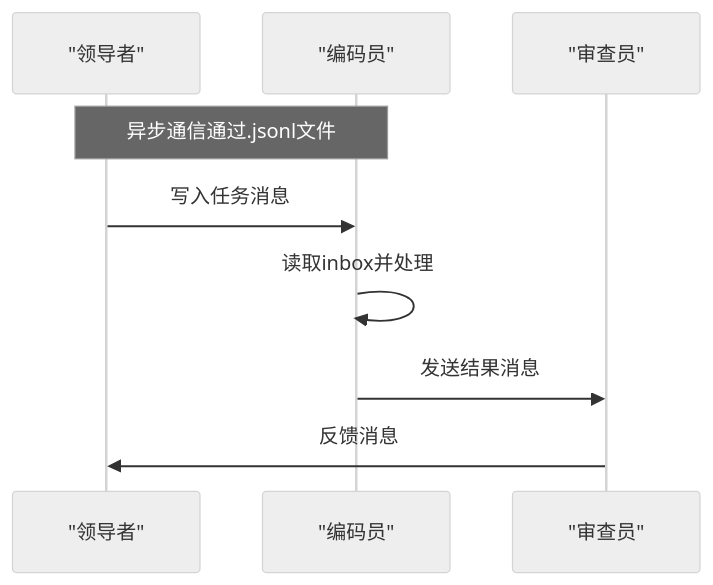
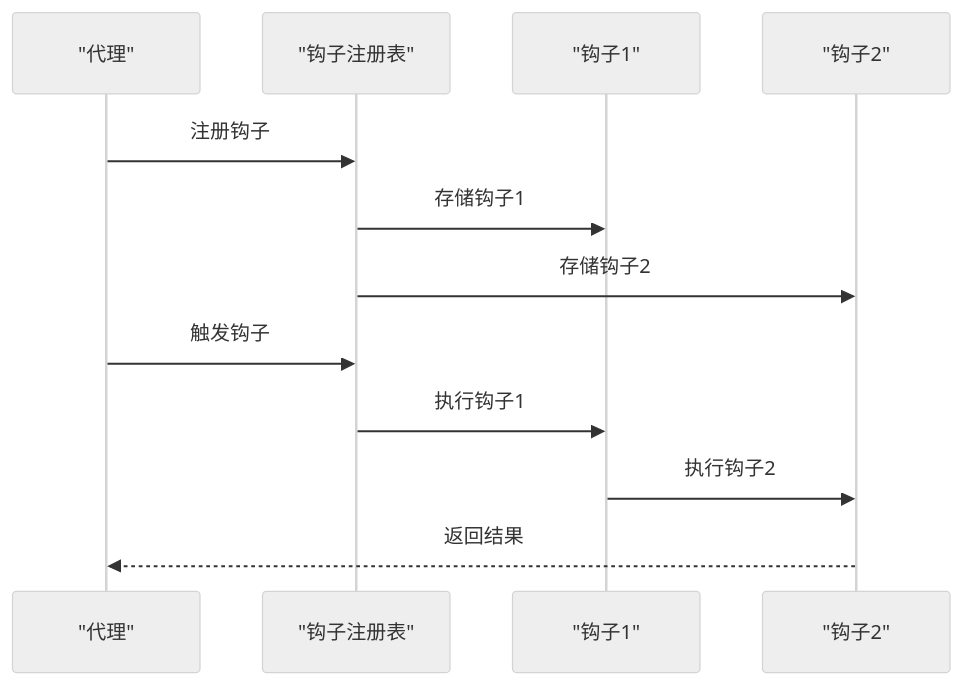
Before and after one commit to haolange/learn-claude-code: diagram 11 of 15 in .qoder/repowiki/zh/content/可视化学习平台/可视化学习平台.md, drawn with Mermaid (neutral theme). The commit also changed other lines of this file and 6 other files, not shown here.

````diff
--- a/.qoder/repowiki/zh/content/可视化学习平台/可视化学习平台.md
+++ b/.qoder/repowiki/zh/content/可视化学习平台/可视化学习平台.md
@@ -460,11 +460,14 @@
 ```mermaid
 sequenceDiagram
-participant Lead as "领导者"
-participant Coder as "编码员"
-participant Reviewer as "审查员"
-Note over Lead,Coder : 异步通信通过.jsonl文件
-Lead->>Coder : 写入任务消息
-Coder->>Coder : 读取inbox并处理
-Coder->>Reviewer : 发送结果消息
-Reviewer->>Lead : 反馈消息
+participant Agent as "代理"
+participant Registry as "钩子注册表"
+participant Hook1 as "钩子1"
+participant Hook2 as "钩子2"
+Agent->>Registry : 注册钩子
+Registry->>Hook1 : 存储钩子1
+Registry->>Hook2 : 存储钩子2
+Agent->>Registry : 触发钩子
+Registry->>Hook1 : 执行钩子1
+Hook1->>Hook2 : 执行钩子2
+Hook2-->>Agent : 返回结果
 ```
````
